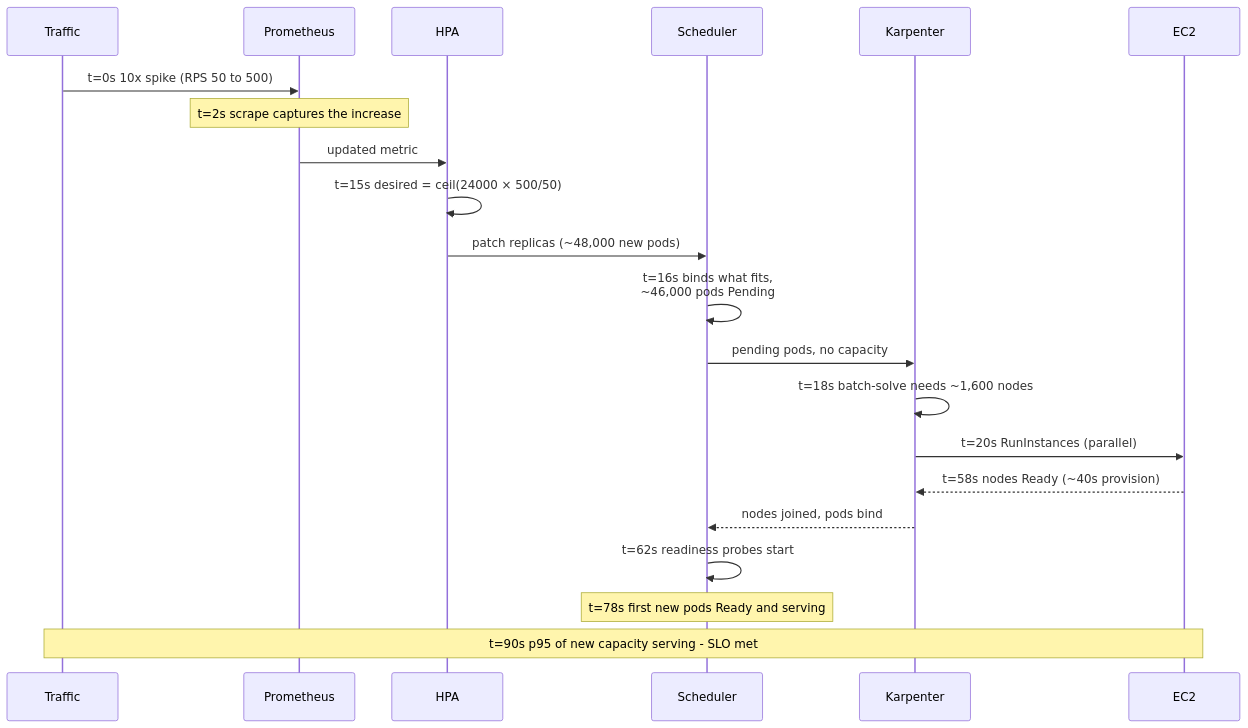
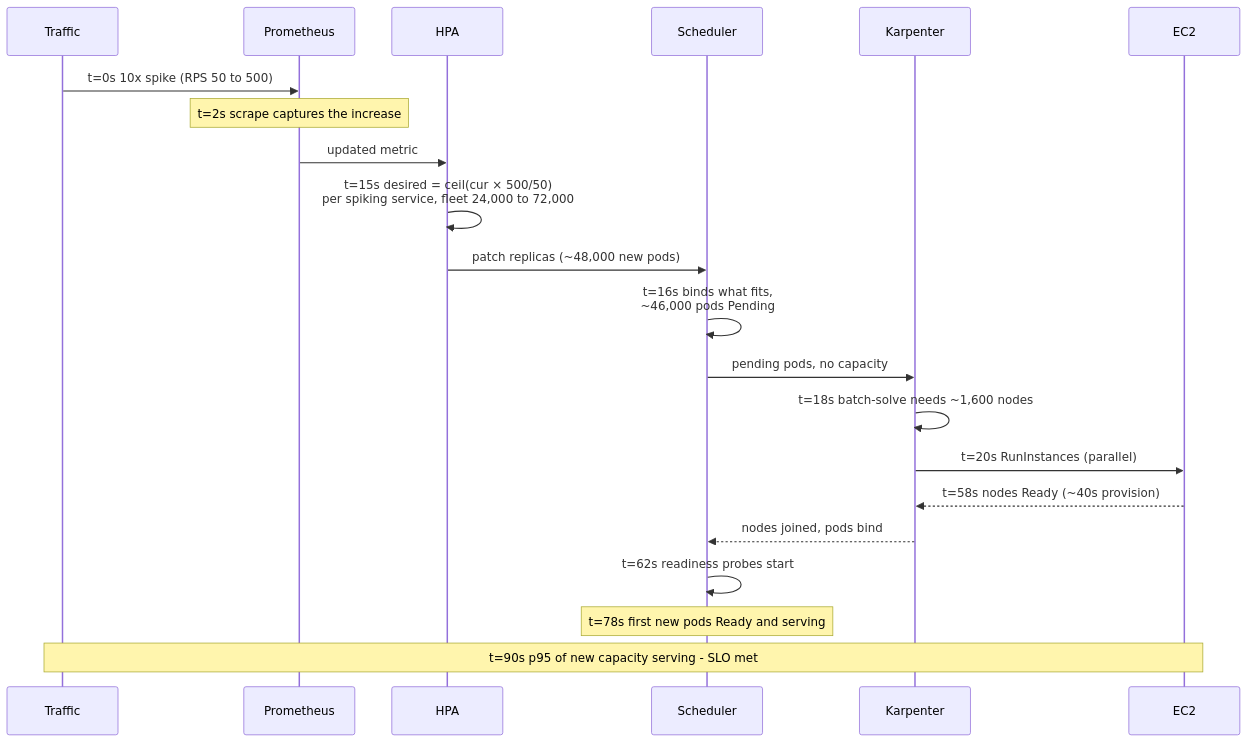
The third of 13 diagrams in src/main/java/com/rutik/systemdesign/devops/case_studies/design_autoscaling_platform.md (rppol/system-design), drawn with Mermaid before and after one commit. The commit also changed other lines of this file and 2 other files, not shown here.

````diff
--- a/src/main/java/com/rutik/systemdesign/devops/case_studies/design_autoscaling_platform.md
+++ b/src/main/java/com/rutik/systemdesign/devops/case_studies/design_autoscaling_platform.md
@@ -256,24 +256,24 @@
 ```mermaid
 sequenceDiagram
     participant T as Traffic
     participant P as Prometheus
     participant H as HPA
     participant S as Scheduler
     participant K as Karpenter
     participant E as EC2
 
     T->>P: t=0s 10x spike (RPS 50 to 500)
     Note over P: t=2s scrape captures the increase
     P->>H: updated metric
-    H->>H: t=15s desired = ceil(24000 × 500/50)
+    H->>H: t=15s desired = ceil(cur × 500/50)<br/>per spiking service, fleet 24,000 to 72,000
     H->>S: patch replicas (~48,000 new pods)
     S->>S: t=16s binds what fits,<br/>~46,000 pods Pending
     S->>K: pending pods, no capacity
     K->>K: t=18s batch-solve needs ~1,600 nodes
     K->>E: t=20s RunInstances (parallel)
     E-->>K: t=58s nodes Ready (~40s provision)
     K-->>S: nodes joined, pods bind
     S->>S: t=62s readiness probes start
     Note over S: t=78s first new pods Ready and serving
     Note over T,E: t=90s p95 of new capacity serving - SLO met
 ```
````
